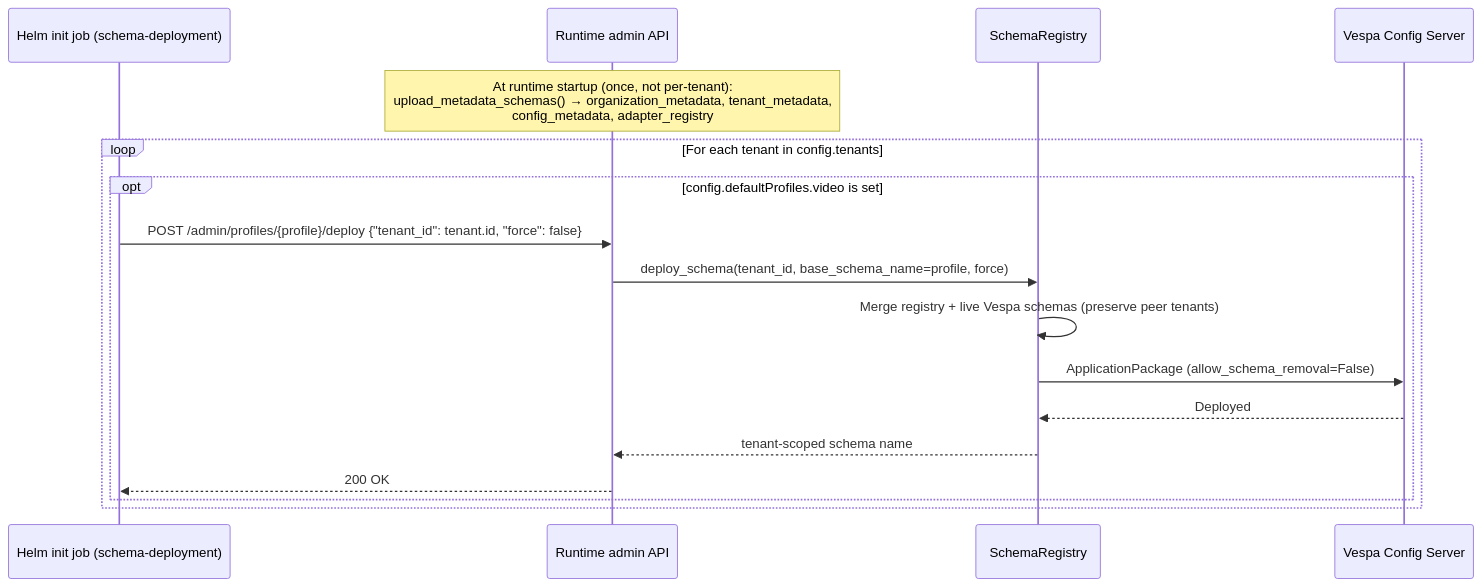
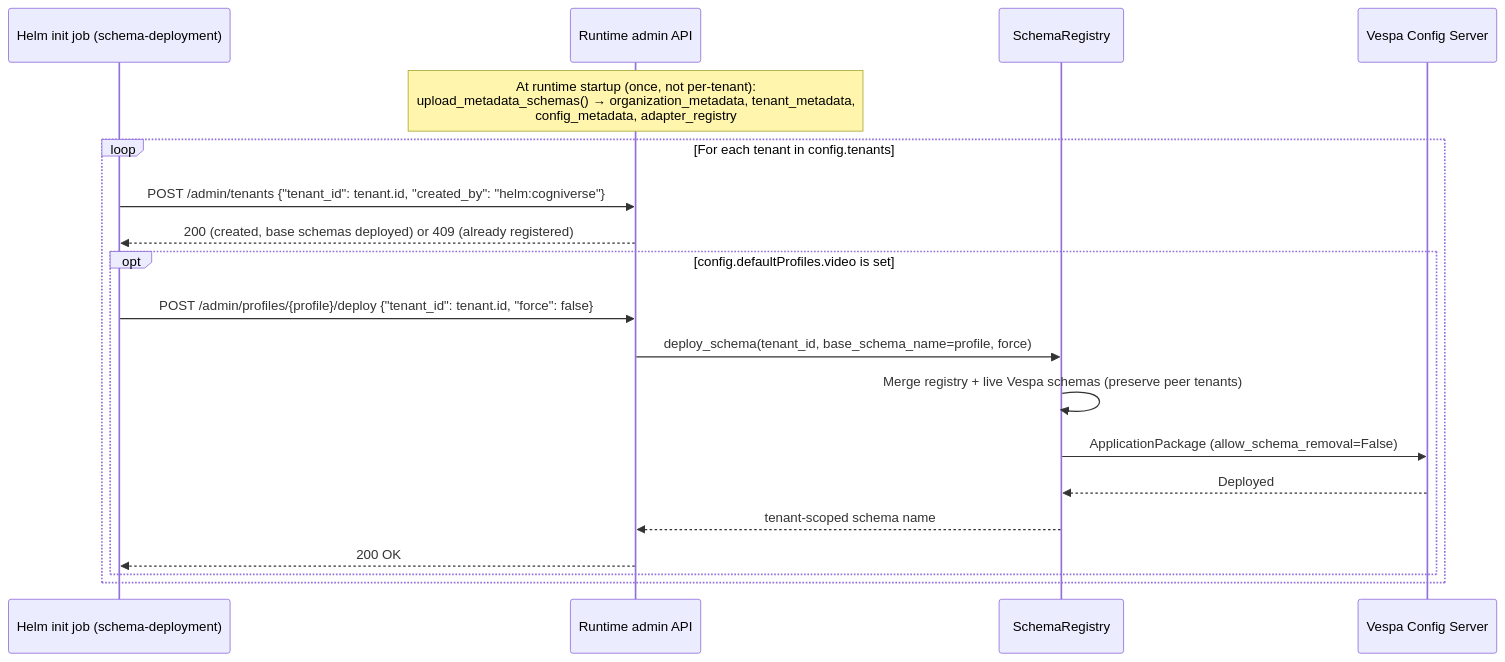
One commit to amit-jain/cogniverse changed the fifth of 21 diagrams in docs/diagrams/multi-tenant-diagrams.md. Above: the diagram before and after it, drawn with Mermaid. The commit also changed other lines of this file and 8 other files, not shown here.

````diff
--- a/docs/diagrams/multi-tenant-diagrams.md
+++ b/docs/diagrams/multi-tenant-diagrams.md
@@ -258,21 +262,23 @@
 ```mermaid
 sequenceDiagram
     participant InitJob as Helm init job (schema-deployment)
     participant Runtime as Runtime admin API
     participant Registry as SchemaRegistry
     participant Vespa as Vespa Config Server
 
     Note over Runtime: At runtime startup (once, not per-tenant):<br/>upload_metadata_schemas() → organization_metadata, tenant_metadata,<br/>config_metadata, adapter_registry
 
     loop For each tenant in config.tenants
+        InitJob->>Runtime: POST /admin/tenants {"tenant_id": tenant.id, "created_by": "helm:cogniverse"}
+        Runtime-->>InitJob: 200 (created, base schemas deployed) or 409 (already registered)
         opt config.defaultProfiles.video is set
             InitJob->>Runtime: POST /admin/profiles/{profile}/deploy {"tenant_id": tenant.id, "force": false}
             Runtime->>Registry: deploy_schema(tenant_id, base_schema_name=profile, force)
             Registry->>Registry: Merge registry + live Vespa schemas (preserve peer tenants)
             Registry->>Vespa: ApplicationPackage (allow_schema_removal=False)
             Vespa-->>Registry: Deployed
             Registry-->>Runtime: tenant-scoped schema name
             Runtime-->>InitJob: 200 OK
         end
     end
 ```
````
